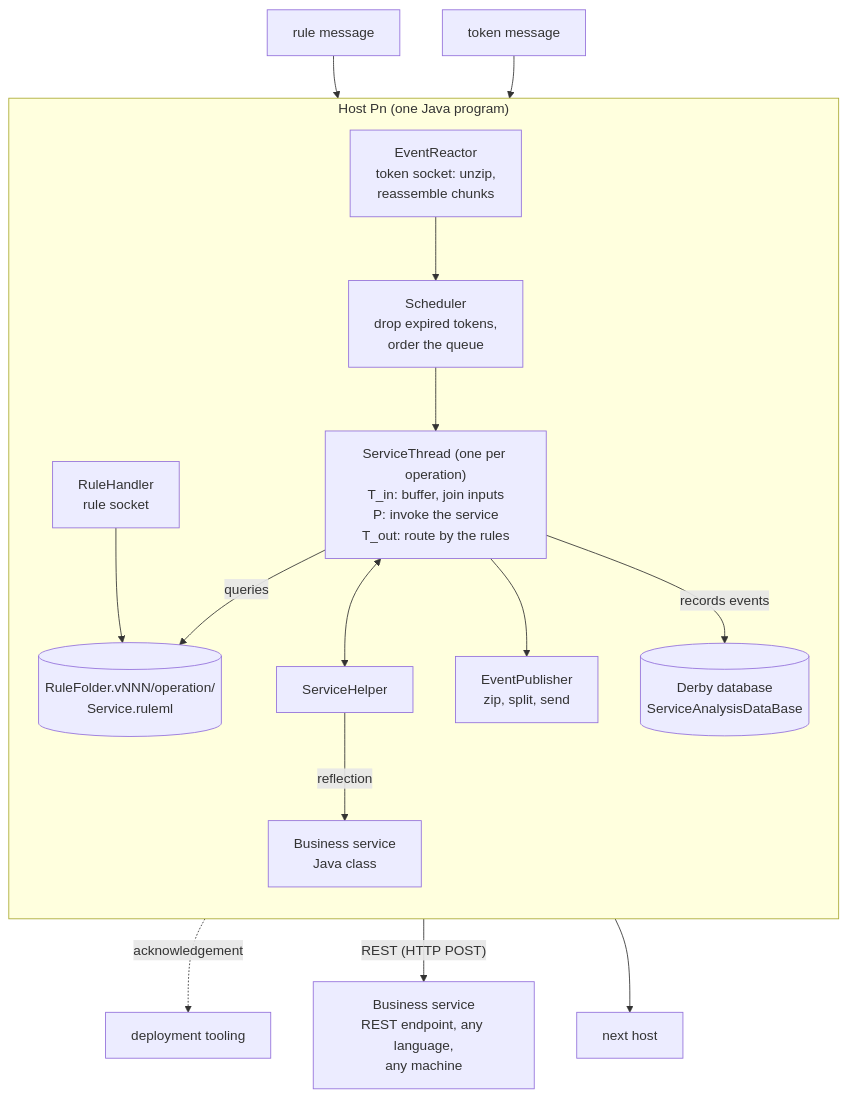
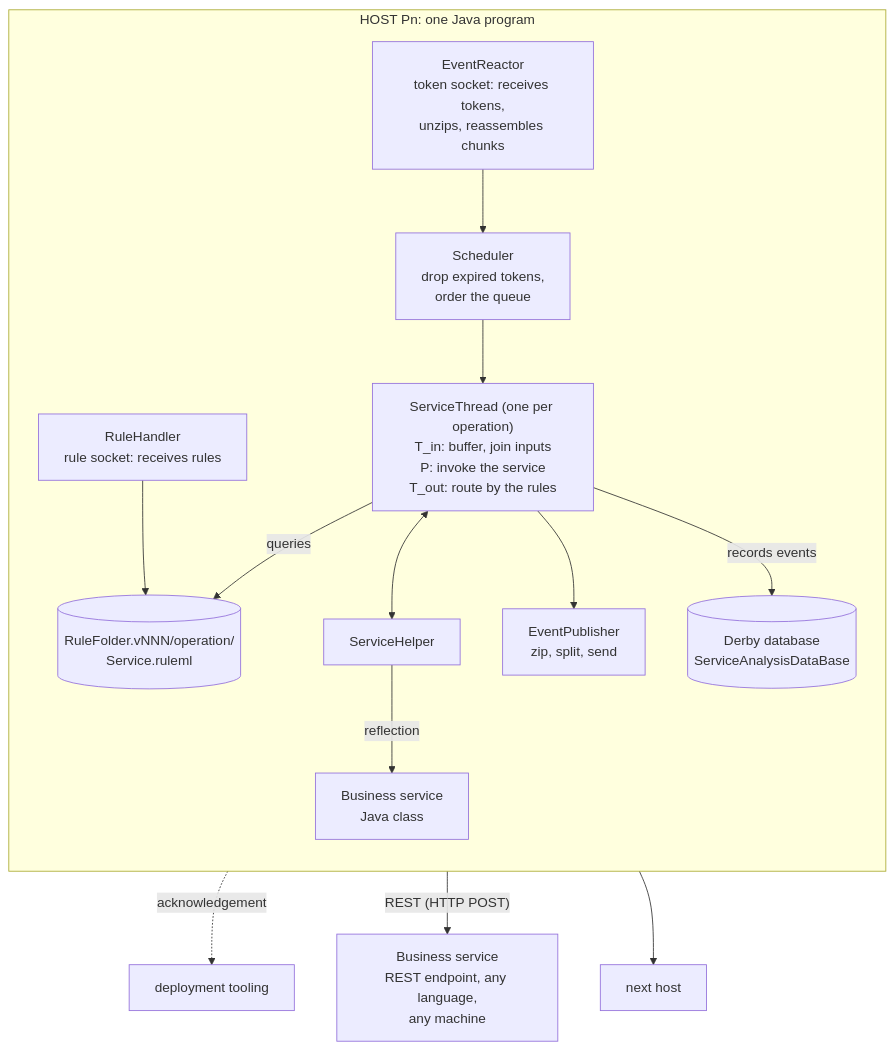
Before and after one commit to AlexanderAdelAU/Rule-Propagated-Service-Orchestration: the second of 3 diagrams in Architecture.md, drawn with Mermaid.

Commit message:
Architecture.md: label the host box clearly; no arrows across its title
Claude-Session: https://claude.ai/code/session_01MVTiJmVTo6whUToqMfkWLi

````diff
--- a/Architecture.md
+++ b/Architecture.md
@@ -48,24 +48,24 @@
 ```mermaid
 flowchart TB
-    subgraph Host["Host Pn (one Java program)"]
+    subgraph Host["HOST Pn: one Java program"]
         direction TB
-        RH["RuleHandler<br/>rule socket"]
+        RH["RuleHandler<br/>rule socket: receives rules"]
         RF[("RuleFolder.vNNN/operation/<br/>Service.ruleml")]
-        ER["EventReactor<br/>token socket: unzip,<br/>reassemble chunks"]
+        ER["EventReactor<br/>token socket: receives tokens,<br/>unzips, reassembles chunks"]
         SC["Scheduler<br/>drop expired tokens,<br/>order the queue"]
         ST["ServiceThread (one per operation)<br/>T_in: buffer, join inputs<br/>P: invoke the service<br/>T_out: route by the rules"]
         SH["ServiceHelper"]
         JS["Business service<br/>Java class"]
         EP["EventPublisher<br/>zip, split, send"]
         DB[("Derby database<br/>ServiceAnalysisDataBase")]
     end
-    RULES["rule message"] --> RH --> RF
+    RH --> RF
     RH -. "acknowledgement" .-> ACK["deployment tooling"]
-    TOK["token message"] --> ER --> SC --> ST
+    ER --> SC --> ST
     ST <--> SH
     SH -- "reflection" --> JS
     SH -- "REST (HTTP POST)" --> RS["Business service<br/>REST endpoint, any language,<br/>any machine"]
     ST -- "queries" --> RF
     ST --> EP --> NEXT["next host"]
     ST -- "records events" --> DB
 ```
````
